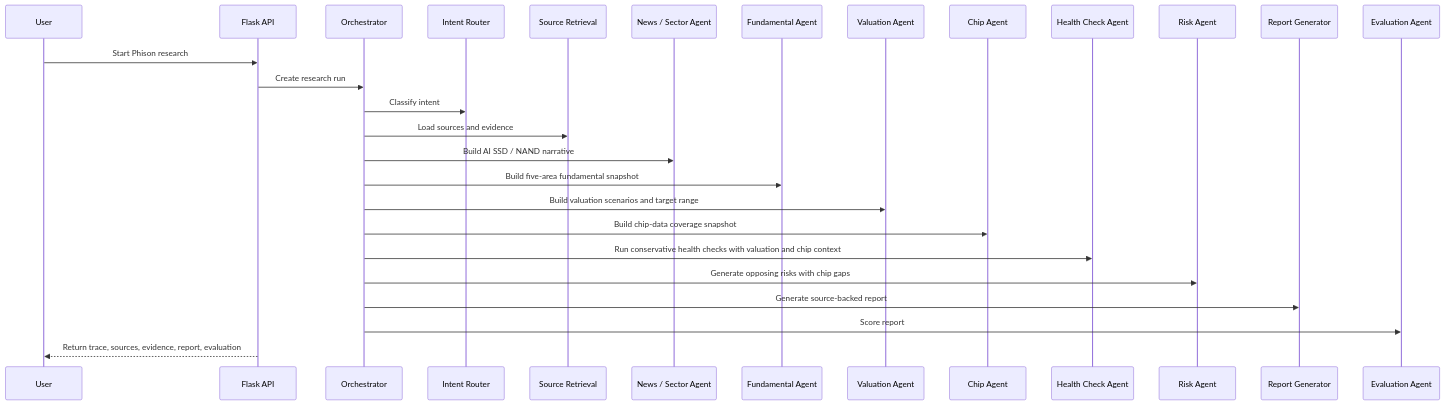
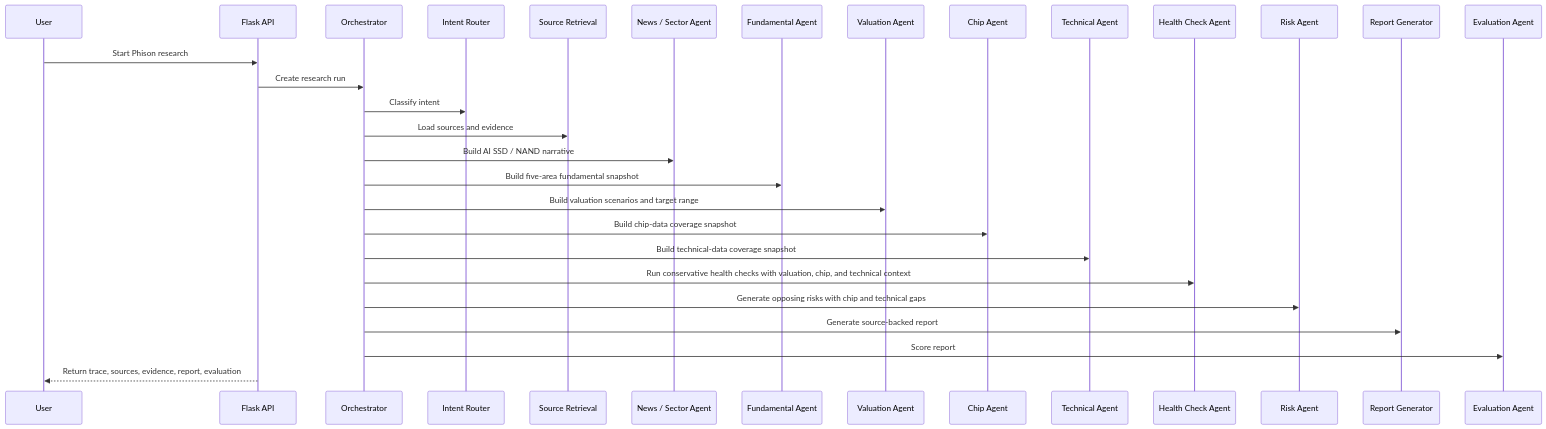
One commit to DancinAndrew/personal-finance-multi-agent-system changed the second of 3 diagrams in docs/architecture.md. Above: the diagram before and after it, drawn with Mermaid. The commit also changed other lines of this file and 9 other files, not shown here.

Commit message:
feat: add deterministic technical agent

````diff
--- a/docs/architecture.md
+++ b/docs/architecture.md
@@ -19,30 +19,32 @@
 ```mermaid
 sequenceDiagram
   participant U as User
   participant API as Flask API
   participant O as Orchestrator
   participant R as Intent Router
   participant S as Source Retrieval
   participant N as News / Sector Agent
   participant F as Fundamental Agent
   participant V as Valuation Agent
   participant C as Chip Agent
+  participant T as Technical Agent
   participant H as Health Check Agent
   participant K as Risk Agent
   participant G as Report Generator
   participant E as Evaluation Agent
 
   U->>API: Start Phison research
   API->>O: Create research run
   O->>R: Classify intent
   O->>S: Load sources and evidence
   O->>N: Build AI SSD / NAND narrative
   O->>F: Build five-area fundamental snapshot
   O->>V: Build valuation scenarios and target range
   O->>C: Build chip-data coverage snapshot
-  O->>H: Run conservative health checks with valuation and chip context
-  O->>K: Generate opposing risks with chip gaps
+  O->>T: Build technical-data coverage snapshot
+  O->>H: Run conservative health checks with valuation, chip, and technical context
+  O->>K: Generate opposing risks with chip and technical gaps
   O->>G: Generate source-backed report
   O->>E: Score report
   API-->>U: Return trace, sources, evidence, report, evaluation
 ```
````
